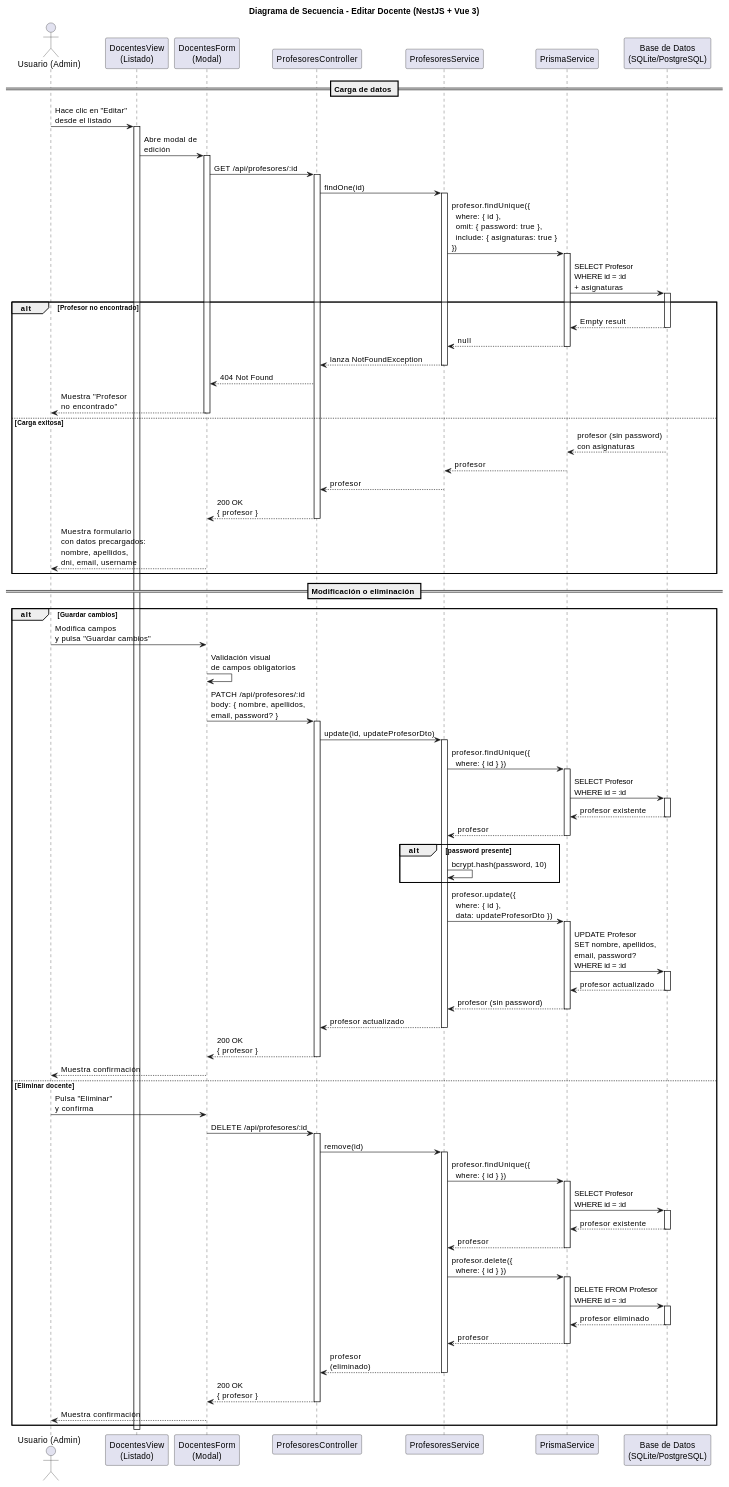
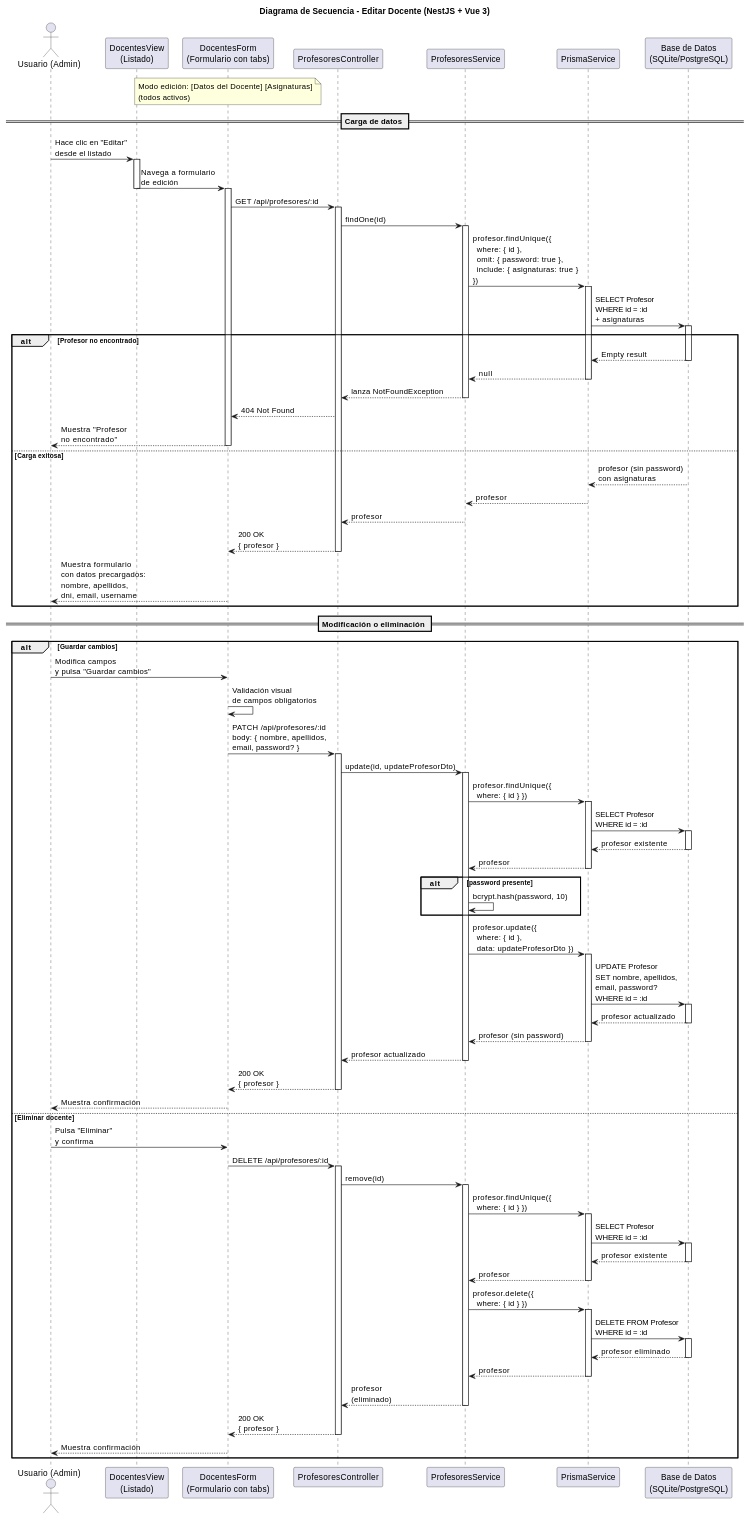
The diagram in documents/diseño/editarDocente/README.md (marcosgutierrez6/25-26-idsw2-sdVC), drawn with PlantUML before and after one commit. The commit also changed other lines of this file and 14 other files, not shown here.

````diff
--- a/documents/diseño/editarDocente/README.md
+++ b/documents/diseño/editarDocente/README.md
@@ -33,18 +33,21 @@
 
 actor "Usuario (Admin)" as User
 participant "DocentesView\n(Listado)" as List
-participant "DocentesForm\n(Modal)" as Form
+participant "DocentesForm\n(Formulario con tabs)" as Form
 participant "ProfesoresController" as Controller
 participant "ProfesoresService" as Service
 participant "PrismaService" as Prisma
 participant "Base de Datos\n(SQLite/PostgreSQL)" as DB
+
+note over Form : Modo edición: [Datos del Docente] [Asignaturas]\n(todos activos)
 
 == Carga de datos ==
 
 User -> List: Hace clic en "Editar"\ndesde el listado
 activate List
 
-List -> Form: Abre modal de\nedición
+List -> Form: Navega a formulario\nde edición
+deactivate List
 activate Form
 
 Form -> Controller: GET /api/profesores/:id
@@ -152,7 +155,6 @@
 end
 
 deactivate Form
-deactivate List
 
 @enduml
 ```
````
